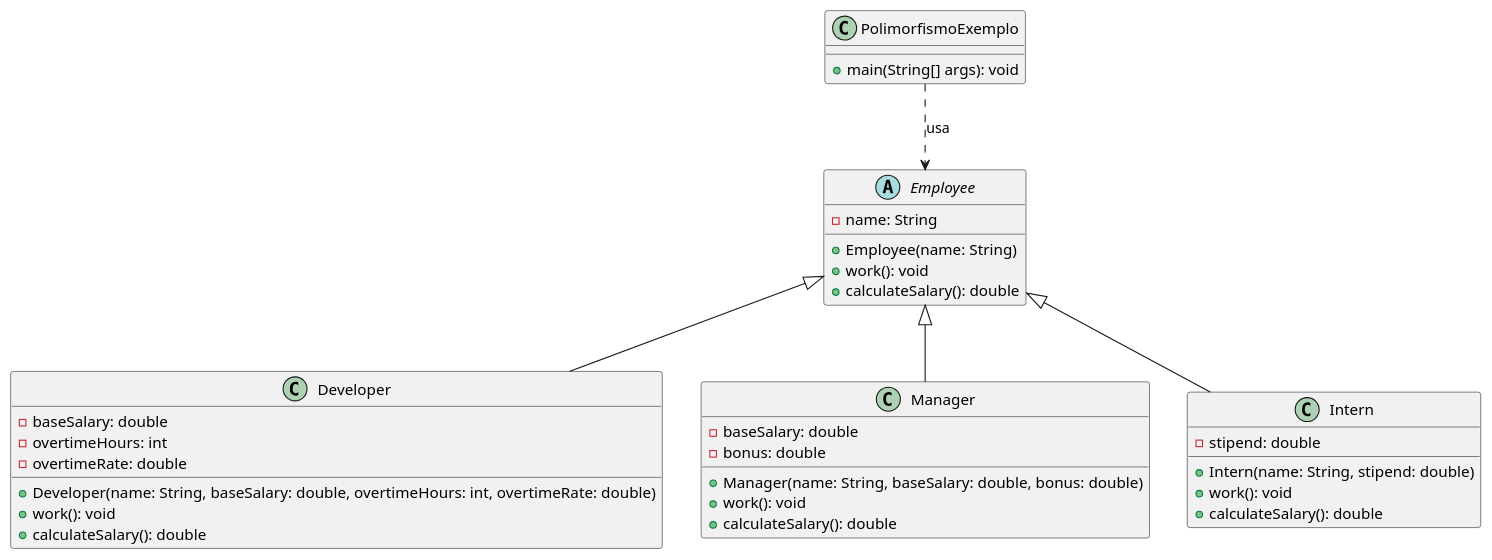
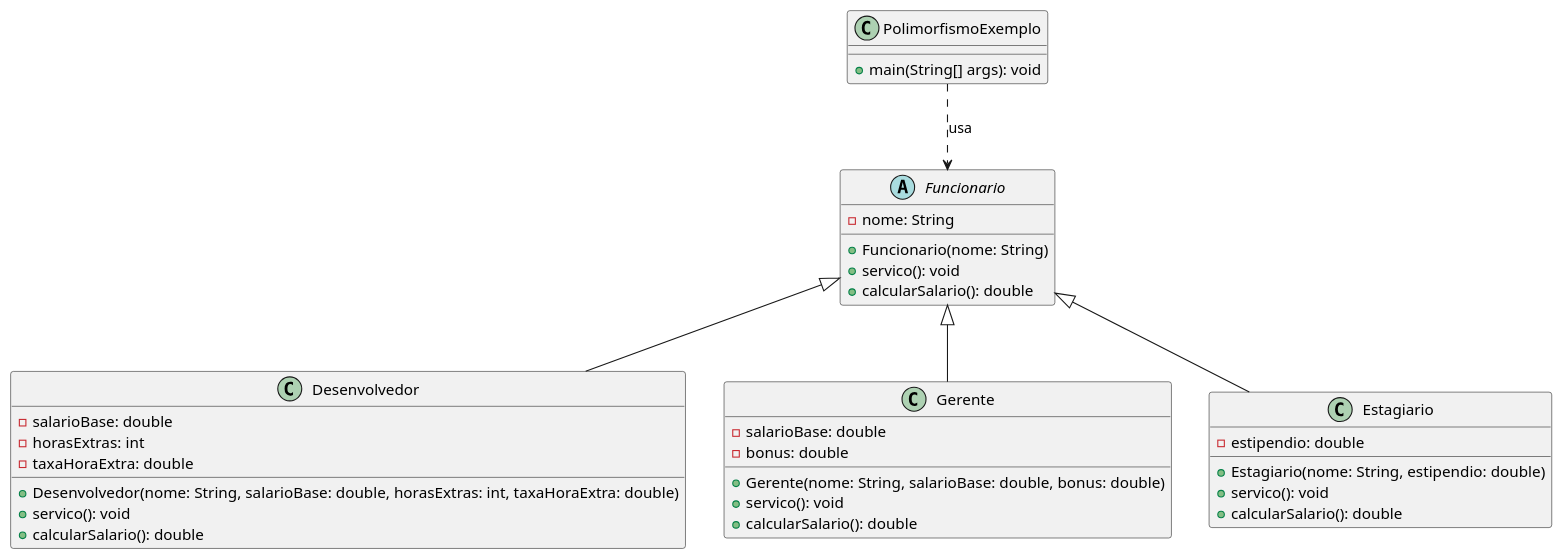
The diagram in A03_ARA0075_POO_NA/aula04/polimorfismo/uml.wsd (Hargenx/codigos), drawn with PlantUML before and after one commit. The commit also changed 8 other files, not shown here.

```diff
--- a/A03_ARA0075_POO_NA/aula04/polimorfismo/uml.wsd
+++ b/A03_ARA0075_POO_NA/aula04/polimorfismo/uml.wsd
@@ -1,49 +1,49 @@
 @startuml exemplo_polimorfismo
-' Classe abstrata Employee
-abstract class Employee {
-  - name: String
-  + Employee(name: String)
-  + work(): void
-  + calculateSalary(): double
+' Classe abstrata Funcionario
+abstract class Funcionario {
+  - nome: String
+  + Funcionario(nome: String)
+  + servico(): void
+  + calcularSalario(): double
 }
 
-' Classe Developer que herda de Employee
-class Developer {
-  - baseSalary: double
-  - overtimeHours: int
-  - overtimeRate: double
-  + Developer(name: String, baseSalary: double, overtimeHours: int, overtimeRate: double)
-  + work(): void
-  + calculateSalary(): double
+' Classe Desenvolvedor que herda de Funcionario
+class Desenvolvedor {
+  - salarioBase: double
+  - horasExtras: int
+  - taxaHoraExtra: double
+  + Desenvolvedor(nome: String, salarioBase: double, horasExtras: int, taxaHoraExtra: double)
+  + servico(): void
+  + calcularSalario(): double
 }
 
-' Classe Manager que herda de Employee
-class Manager {
-  - baseSalary: double
+' Classe Gerente que herda de Funcionario
+class Gerente {
+  - salarioBase: double
   - bonus: double
-  + Manager(name: String, baseSalary: double, bonus: double)
-  + work(): void
-  + calculateSalary(): double
+  + Gerente(nome: String, salarioBase: double, bonus: double)
+  + servico(): void
+  + calcularSalario(): double
 }
 
-' Classe Intern que herda de Employee
-class Intern {
-  - stipend: double
-  + Intern(name: String, stipend: double)
-  + work(): void
-  + calculateSalary(): double
+' Classe Estagiario que herda de Funcionario
+class Estagiario {
+  - estipendio: double
+  + Estagiario(nome: String, estipendio: double)
+  + servico(): void
+  + calcularSalario(): double
 }
 
 ' Classe principal para execução
 class PolimorfismoExemplo {
   + main(String[] args): void
 }
 
-' Relacionamentos de herança
-Employee <|-- Developer
-Employee <|-- Manager
-Employee <|-- Intern
+' Relacionomentos de herança
+Funcionario <|-- Desenvolvedor
+Funcionario <|-- Gerente
+Funcionario <|-- Estagiario
 
-' Associação de uso: a classe principal utiliza Employee
-PolimorfismoExemplo ..> Employee : usa
+' Associação de uso: a classe principal utiliza Funcionario
+PolimorfismoExemplo ..> Funcionario : usa
 @enduml
```
